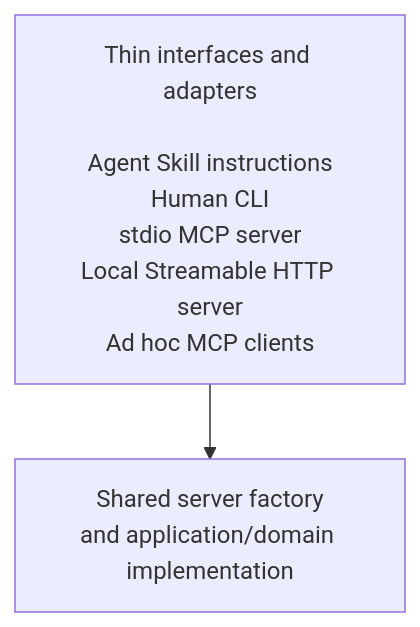
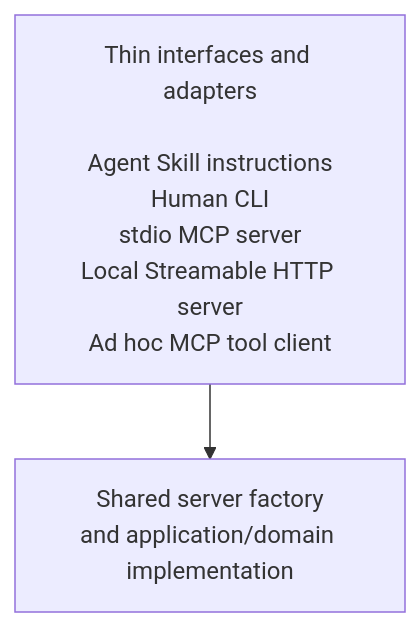
One commit to TakashiSasaki/templates changed the diagram in README.md. Above: the diagram before and after it, drawn with Mermaid. The commit also changed other lines of this file, not shown here.

Commit message:
Clarify bundled MCP tool-client scope

````diff
--- a/README.md
+++ b/README.md
@@ -81,7 +81,7 @@
 ```mermaid
 flowchart TB
-    interfaces["Thin interfaces and adapters<br/><br/>Agent Skill instructions<br/>Human CLI<br/>stdio MCP server<br/>Local Streamable HTTP server<br/>Ad hoc MCP clients"]
+    interfaces["Thin interfaces and adapters<br/><br/>Agent Skill instructions<br/>Human CLI<br/>stdio MCP server<br/>Local Streamable HTTP server<br/>Ad hoc MCP tool client"]
     shared["Shared server factory<br/>and application/domain implementation"]
 
     interfaces --> shared
 ```
````
